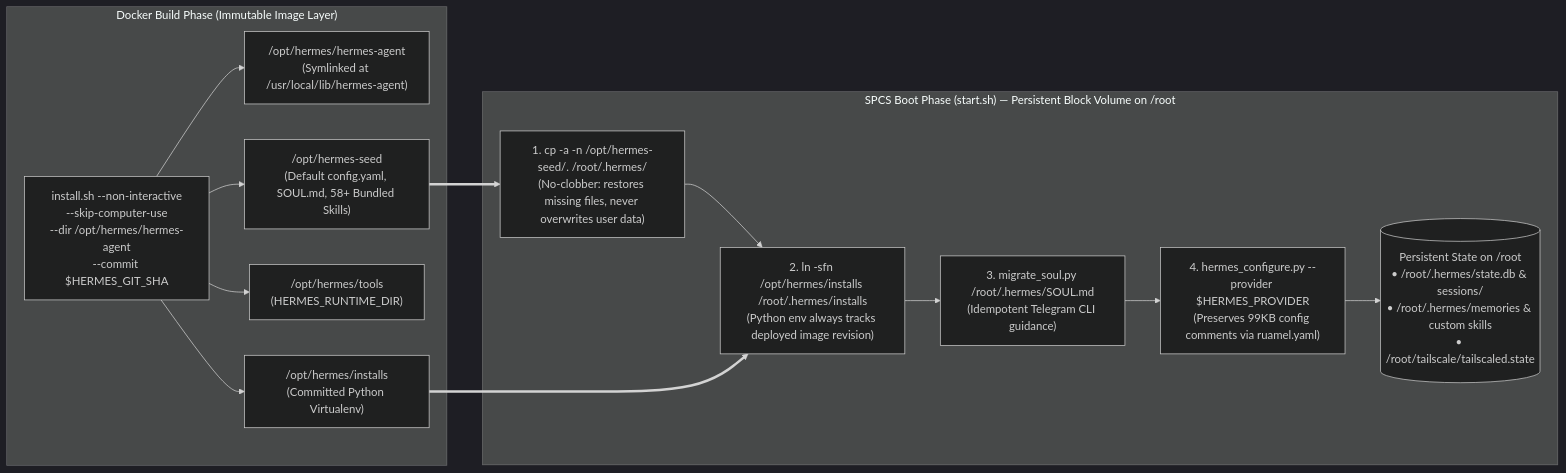
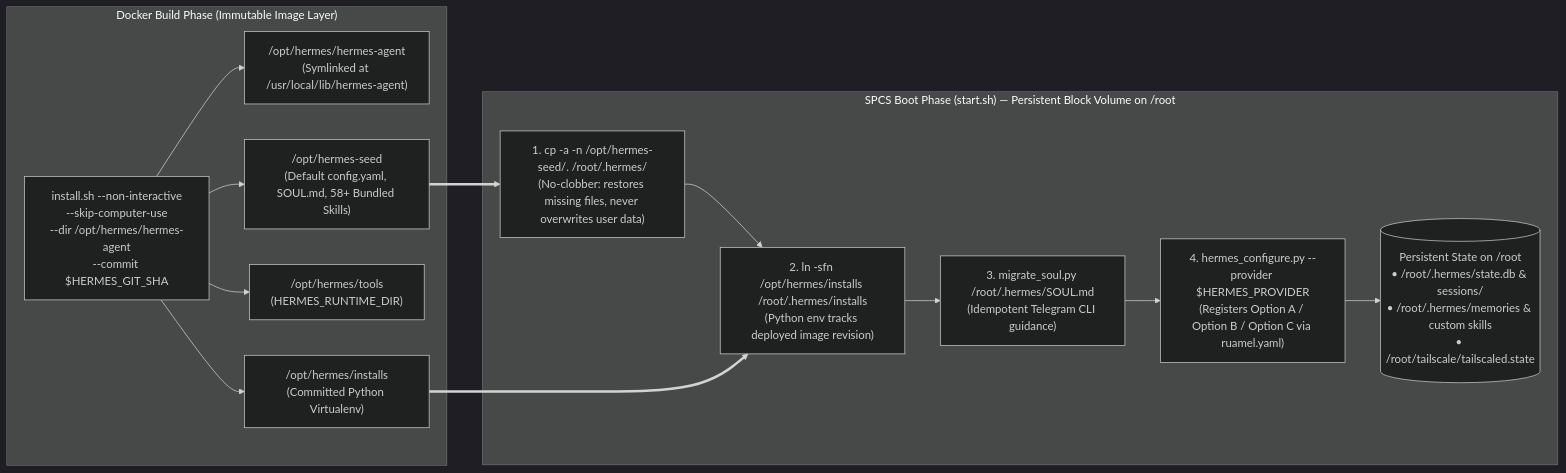
The second of 4 diagrams in README.md (fbattaglieri-snowflake/hermes-snowflake), drawn with Mermaid (dark theme) before and after one commit. The commit also changed other lines of this file and 24 other files, not shown here.

````diff
--- a/README.md
+++ b/README.md
@@ -204,23 +231,23 @@
 ```mermaid
 flowchart LR
     subgraph BuildTime["Docker Build Phase (Immutable Image Layer)"]
         INSTALL["install.sh --non-interactive<br/>--skip-computer-use<br/>--dir /opt/hermes/hermes-agent<br/>--commit $HERMES_GIT_SHA"]
         CHECKOUT["/opt/hermes/hermes-agent<br/>(Symlinked at /usr/local/lib/hermes-agent)"]
         ENVS["/opt/hermes/installs<br/>(Committed Python Virtualenv)"]
         TOOLS["/opt/hermes/tools<br/>(HERMES_RUNTIME_DIR)"]
         SEED["/opt/hermes-seed<br/>(Default config.yaml, SOUL.md, 58+ Bundled Skills)"]
         INSTALL --> CHECKOUT & ENVS & TOOLS & SEED
     end
 
     subgraph Runtime["SPCS Boot Phase (start.sh) — Persistent Block Volume on /root"]
         SEED_COPY["1. cp -a -n /opt/hermes-seed/. /root/.hermes/<br/>(No-clobber: restores missing files, never overwrites user data)"]
-        LINK_ENV["2. ln -sfn /opt/hermes/installs /root/.hermes/installs<br/>(Python env always tracks deployed image revision)"]
+        LINK_ENV["2. ln -sfn /opt/hermes/installs /root/.hermes/installs<br/>(Python env tracks deployed image revision)"]
         MIGRATE_SOUL["3. migrate_soul.py /root/.hermes/SOUL.md<br/>(Idempotent Telegram CLI guidance)"]
-        PATCH_CFG["4. hermes_configure.py --provider $HERMES_PROVIDER<br/>(Preserves 99KB config comments via ruamel.yaml)"]
+        PATCH_CFG["4. hermes_configure.py --provider $HERMES_PROVIDER<br/>(Registers Option A / Option B / Option C via ruamel.yaml)"]
         STATE[("Persistent State on /root<br/>• /root/.hermes/state.db & sessions/<br/>• /root/.hermes/memories & custom skills<br/>• /root/tailscale/tailscaled.state")]
         SEED_COPY --> LINK_ENV --> MIGRATE_SOUL --> PATCH_CFG --> STATE
     end
 
     SEED ==> SEED_COPY
     ENVS ==> LINK_ENV
 ```
````
